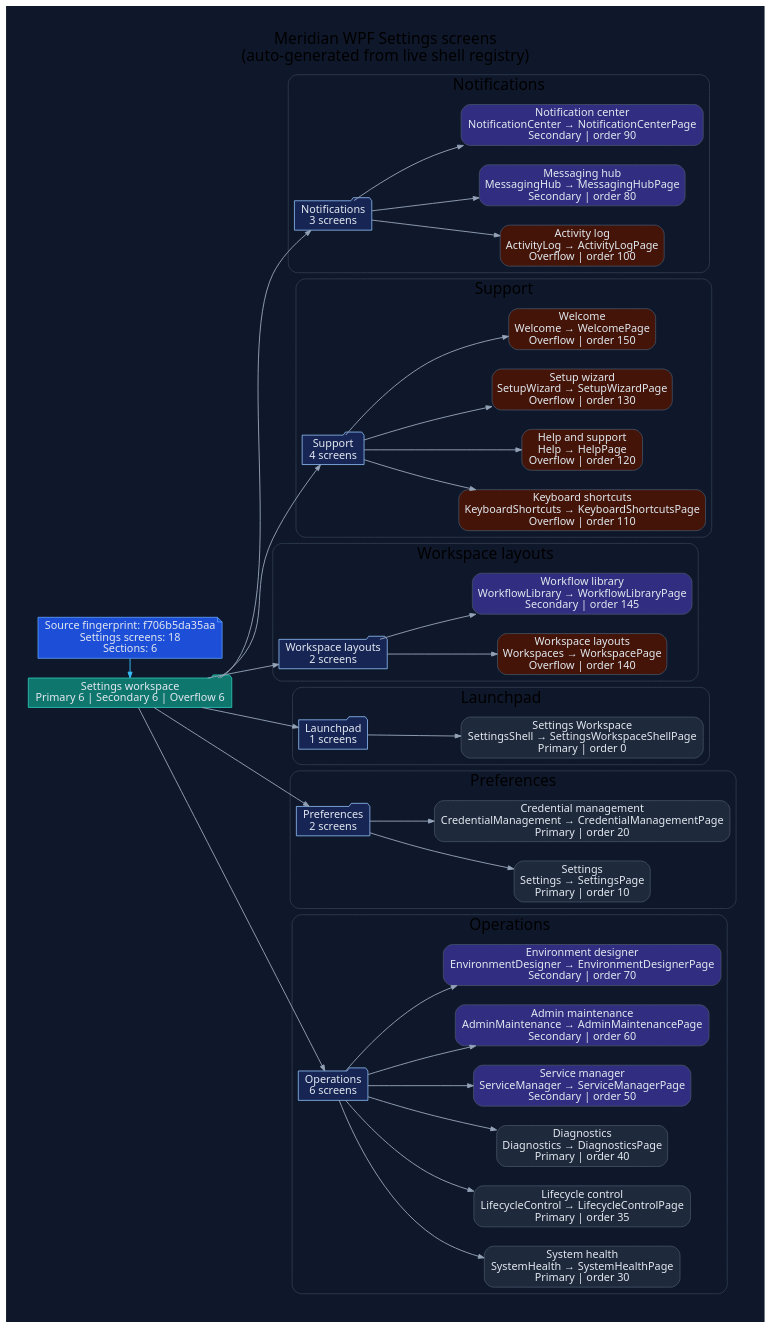
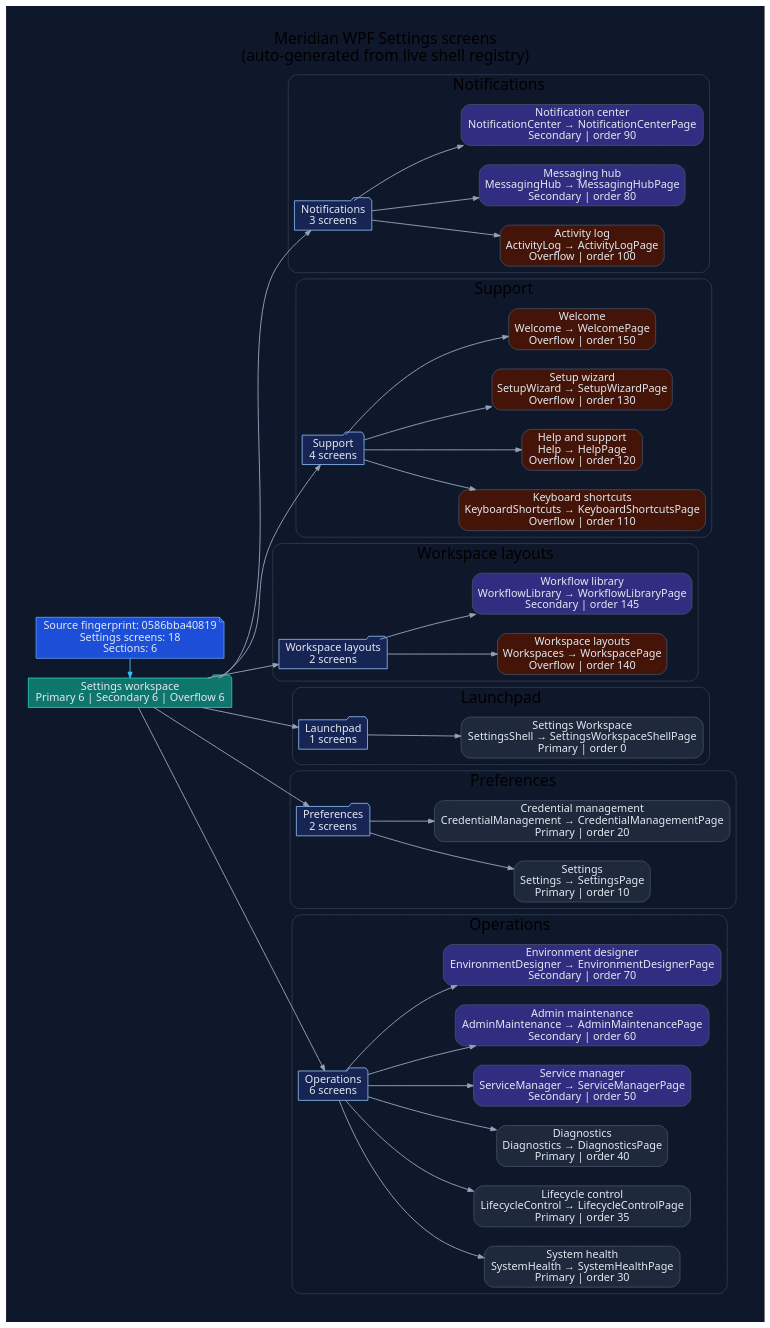
The diagram in docs/diagrams/ui-wpf-screens-settings.dot (rodoHasArrived/Meridian-main), drawn with Graphviz before and after one commit. The commit also changed 21 other files, not shown here.

First line of the commit message:
Regenerate UI diagrams for the changed WPF source fingerprint

```diff
--- a/docs/diagrams/ui-wpf-screens-settings.dot
+++ b/docs/diagrams/ui-wpf-screens-settings.dot
@@ -1,110 +1,110 @@
 // -----------------------------------------------------------------------------
 // <auto-generated>
 // Generated by scripts/generate-diagrams.mjs.
 // Do not edit this file directly; update the WPF source files instead.
 // -----------------------------------------------------------------------------
 digraph WpfSettingsScreens {
   graph [
     rankdir=LR,
     labelloc=t,
     label="Meridian WPF Settings screens\n(auto-generated from live shell registry)",
     fontname="Segoe UI",
     fontsize=20,
     pad=0.4,
     nodesep=0.35,
     ranksep=0.85,
     bgcolor="#0f172a"
   ];
   node [fontname="Segoe UI", shape=box, style="rounded,filled", color="#475569", fontcolor="#e2e8f0", fillcolor="#1e293b"];
   edge [fontname="Segoe UI", color="#94a3b8", penwidth=1.2, arrowsize=0.75];
 
-  generated [shape=note, fillcolor="#1d4ed8", color="#60a5fa", label="Source fingerprint: f706b5da35aa\nSettings screens: 18\nSections: 6"];
+  generated [shape=note, fillcolor="#1d4ed8", color="#60a5fa", label="Source fingerprint: 0586bba40819\nSettings screens: 18\nSections: 6"];
   workspace [shape=folder, fillcolor="#0f766e", color="#2dd4bf", label="Settings workspace\nPrimary 6 | Secondary 6 | Overflow 6"];
   generated -> workspace [color="#38bdf8"];
 
   subgraph cluster_section_1 {
     label="Notifications";
     color="#334155";
     style="rounded";
     section_1 [shape=folder, fillcolor="#172554", color="#93c5fd", label="Notifications\n3 screens"];
     workspace -> section_1;
     screen_ActivityLog [fillcolor="#431407", label="Activity log\nActivityLog → ActivityLogPage\nOverflow | order 100"];
     section_1 -> screen_ActivityLog;
     screen_MessagingHub [fillcolor="#312e81", label="Messaging hub\nMessagingHub → MessagingHubPage\nSecondary | order 80"];
     section_1 -> screen_MessagingHub;
     screen_NotificationCenter [fillcolor="#312e81", label="Notification center\nNotificationCenter → NotificationCenterPage\nSecondary | order 90"];
     section_1 -> screen_NotificationCenter;
   }
 
   subgraph cluster_section_2 {
     label="Support";
     color="#334155";
     style="rounded";
     section_2 [shape=folder, fillcolor="#172554", color="#93c5fd", label="Support\n4 screens"];
     workspace -> section_2;
     screen_KeyboardShortcuts [fillcolor="#431407", label="Keyboard shortcuts\nKeyboardShortcuts → KeyboardShortcutsPage\nOverflow | order 110"];
     section_2 -> screen_KeyboardShortcuts;
     screen_Help [fillcolor="#431407", label="Help and support\nHelp → HelpPage\nOverflow | order 120"];
     section_2 -> screen_Help;
     screen_SetupWizard [fillcolor="#431407", label="Setup wizard\nSetupWizard → SetupWizardPage\nOverflow | order 130"];
     section_2 -> screen_SetupWizard;
     screen_Welcome [fillcolor="#431407", label="Welcome\nWelcome → WelcomePage\nOverflow | order 150"];
     section_2 -> screen_Welcome;
   }
 
   subgraph cluster_section_3 {
     label="Workspace layouts";
     color="#334155";
     style="rounded";
     section_3 [shape=folder, fillcolor="#172554", color="#93c5fd", label="Workspace layouts\n2 screens"];
     workspace -> section_3;
     screen_Workspaces [fillcolor="#431407", label="Workspace layouts\nWorkspaces → WorkspacePage\nOverflow | order 140"];
     section_3 -> screen_Workspaces;
     screen_WorkflowLibrary [fillcolor="#312e81", label="Workflow library\nWorkflowLibrary → WorkflowLibraryPage\nSecondary | order 145"];
     section_3 -> screen_WorkflowLibrary;
   }
 
   subgraph cluster_section_4 {
     label="Launchpad";
     color="#334155";
     style="rounded";
     section_4 [shape=folder, fillcolor="#172554", color="#93c5fd", label="Launchpad\n1 screens"];
     workspace -> section_4;
     screen_SettingsShell [fillcolor="#1e293b", label="Settings Workspace\nSettingsShell → SettingsWorkspaceShellPage\nPrimary | order 0"];
     section_4 -> screen_SettingsShell;
   }
 
   subgraph cluster_section_5 {
     label="Preferences";
     color="#334155";
     style="rounded";
     section_5 [shape=folder, fillcolor="#172554", color="#93c5fd", label="Preferences\n2 screens"];
     workspace -> section_5;
     screen_Settings [fillcolor="#1e293b", label="Settings\nSettings → SettingsPage\nPrimary | order 10"];
     section_5 -> screen_Settings;
     screen_CredentialManagement [fillcolor="#1e293b", label="Credential management\nCredentialManagement → CredentialManagementPage\nPrimary | order 20"];
     section_5 -> screen_CredentialManagement;
   }
 
   subgraph cluster_section_6 {
     label="Operations";
     color="#334155";
     style="rounded";
     section_6 [shape=folder, fillcolor="#172554", color="#93c5fd", label="Operations\n6 screens"];
     workspace -> section_6;
     screen_SystemHealth [fillcolor="#1e293b", label="System health\nSystemHealth → SystemHealthPage\nPrimary | order 30"];
     section_6 -> screen_SystemHealth;
     screen_LifecycleControl [fillcolor="#1e293b", label="Lifecycle control\nLifecycleControl → LifecycleControlPage\nPrimary | order 35"];
     section_6 -> screen_LifecycleControl;
     screen_Diagnostics [fillcolor="#1e293b", label="Diagnostics\nDiagnostics → DiagnosticsPage\nPrimary | order 40"];
     section_6 -> screen_Diagnostics;
     screen_ServiceManager [fillcolor="#312e81", label="Service manager\nServiceManager → ServiceManagerPage\nSecondary | order 50"];
     section_6 -> screen_ServiceManager;
     screen_AdminMaintenance [fillcolor="#312e81", label="Admin maintenance\nAdminMaintenance → AdminMaintenancePage\nSecondary | order 60"];
     section_6 -> screen_AdminMaintenance;
     screen_EnvironmentDesigner [fillcolor="#312e81", label="Environment designer\nEnvironmentDesigner → EnvironmentDesignerPage\nSecondary | order 70"];
     section_6 -> screen_EnvironmentDesigner;
   }
 
   { rank=min; generated; workspace; }
 }
```
